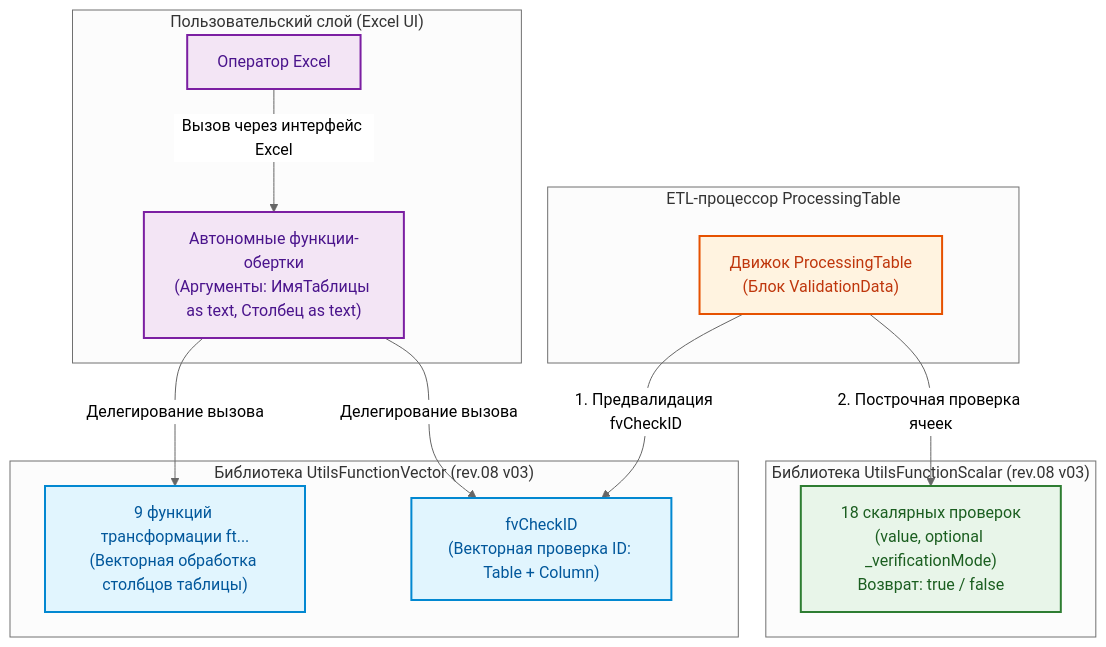
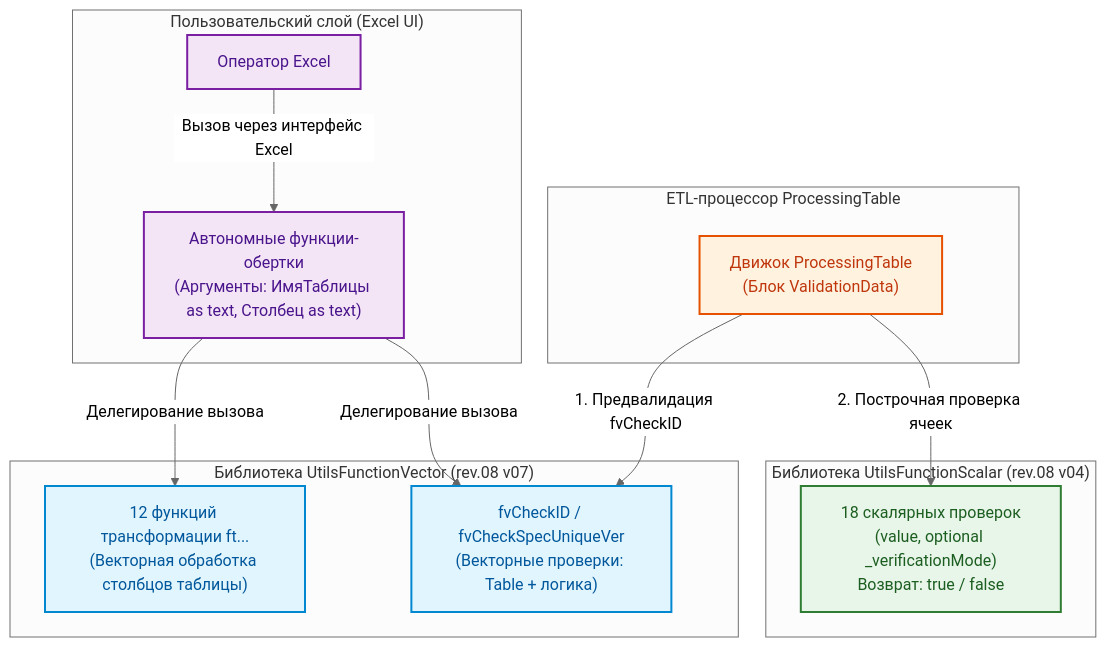
One commit to Konkery/Project-1_2026-N2-MAS changed the first of 2 diagrams in 03__Проект/05__pq-script/01__general/02__utils-function-processing/README-utils-function.md. Above: the diagram before and after it, drawn with Mermaid (neutral theme). The commit also changed other lines of this file and 5 other files, not shown here.

````diff
--- a/03__Проект/05__pq-script/01__general/02__utils-function-processing/README-utils-function.md
+++ b/03__Проект/05__pq-script/01__general/02__utils-function-processing/README-utils-function.md
@@ -27,32 +27,32 @@
 ```mermaid
 flowchart TD
     classDef scalar fill:#E8F5E9,stroke:#2E7D32,stroke-width:2px,color:#1B5E20;
     classDef vector fill:#E1F5FE,stroke:#0288D1,stroke-width:2px,color:#01579B;
     classDef proc fill:#FFF3E0,stroke:#E65100,stroke-width:2px,color:#BF360C;
     classDef ui fill:#F3E5F5,stroke:#7B1FA2,stroke-width:2px,color:#4A148C;
 
     subgraph ClientLayer ["Пользовательский слой (Excel UI)"]
         UI_User["Оператор Excel"]:::ui
         StandaloneWrapper["Автономные функции-обертки<br/>(Аргументы: ИмяТаблицы as text, Столбец as text)"]:::ui
     end
 
     subgraph CoreProcessor ["ETL-процессор ProcessingTable"]
         ETL_Engine["Движок ProcessingTable<br/>(Блок ValidationData)"]:::proc
     end
 
-    subgraph LibScalar ["Библиотека UtilsFunctionScalar (rev.08 v03)"]
+    subgraph LibScalar ["Библиотека UtilsFunctionScalar (rev.08 v04)"]
         ScalarFuncs["18 скалярных проверок<br/>(value, optional _verificationMode)<br/>Возврат: true / false"]:::scalar
     end
 
-    subgraph LibVector ["Библиотека UtilsFunctionVector (rev.08 v03)"]
-        VectorTransforms["9 функций трансформации ft...<br/>(Векторная обработка столбцов таблицы)"]:::vector
-        VectorID["fvCheckID<br/>(Векторная проверка ID: Table + Column)"]:::vector
+    subgraph LibVector ["Библиотека UtilsFunctionVector (rev.08 v07)"]
+        VectorTransforms["12 функций трансформации ft...<br/>(Векторная обработка столбцов таблицы)"]:::vector
+        VectorID["fvCheckID / fvCheckSpecUniqueVer<br/>(Векторные проверки: Table + логика)"]:::vector
     end
 
     UI_User -->|Вызов через интерфейс Excel| StandaloneWrapper
     StandaloneWrapper -->|Делегирование вызова| VectorTransforms
     StandaloneWrapper -->|Делегирование вызова| VectorID
 
     ETL_Engine -->|1. Предвалидация fvCheckID| VectorID
     ETL_Engine -->|2. Построчная проверка ячеек| ScalarFuncs
 ```
````
